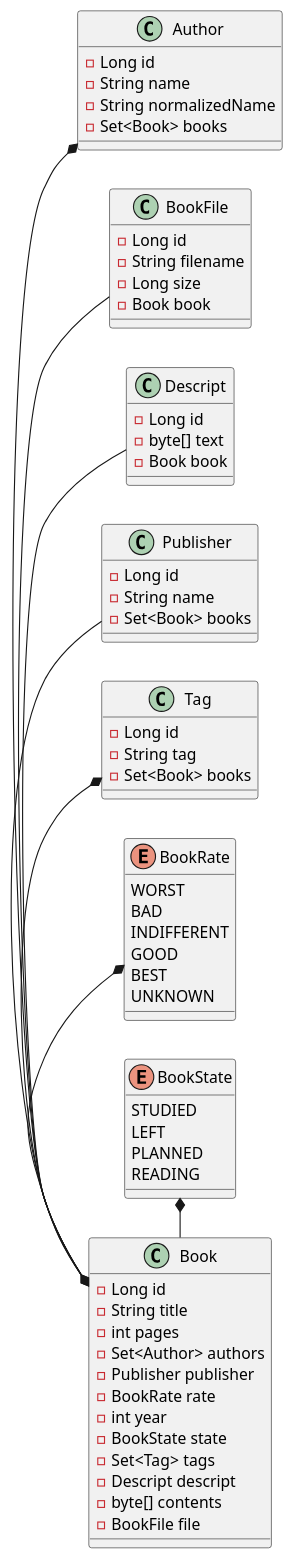
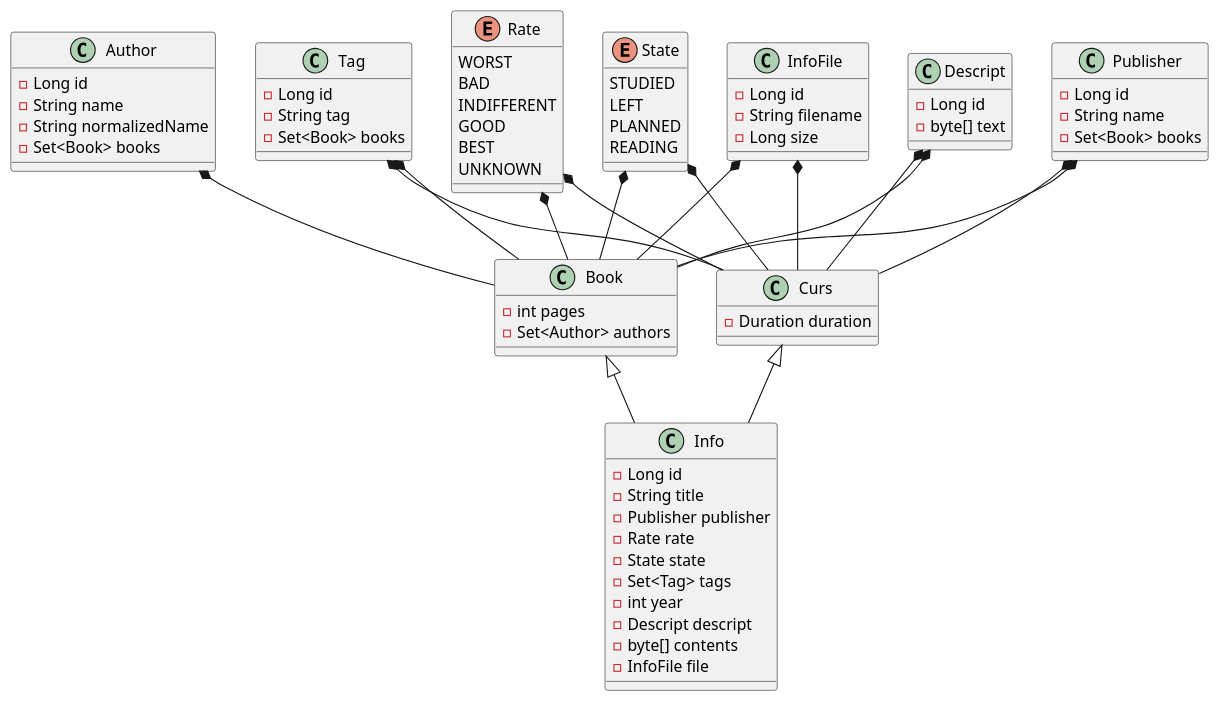
The diagram in puml/ClassDiagram.puml (Iogann1978/ITInfoBack), drawn with PlantUML before and after one commit. The commit also changed 11 other files, not shown here.

```diff
--- a/puml/ClassDiagram.puml
+++ b/puml/ClassDiagram.puml
@@ -1,67 +1,78 @@
 @startuml
-left to right direction
-
-class Book {
+class Info {
     - Long id
     - String title
+    - Publisher publisher
+    - Rate rate
+    - State state
+    - Set<Tag> tags
+    - int year
+    - Descript descript
+    - byte[] contents
+    - InfoFile file
+}
+class Book {
     - int pages
     - Set<Author> authors
-    - Publisher publisher
-    - BookRate rate
-    - int year
-    - BookState state
-    - Set<Tag> tags
-    - Descript descript
-    - byte[] contents
-    - BookFile file
 }
 class Author {
     - Long id
     - String name
     - String normalizedName
     - Set<Book> books
 }
-class BookFile {
+class InfoFile {
     - Long id
     - String filename
     - Long size
-    - Book book
 }
 class Descript {
     - Long id
     - byte[] text
-    - Book book
 }
 class Publisher {
     - Long id
     - String name
     - Set<Book> books
 }
 class Tag {
     - Long id
     - String tag
     - Set<Book> books
 }
-enum BookRate {
+enum Rate {
     WORST
     BAD
     INDIFFERENT
     GOOD
     BEST
     UNKNOWN
 }
-enum BookState {
+enum State {
     STUDIED
     LEFT
     PLANNED
     READING
 }
+class Curs {
+    - Duration duration
+}
 
-Author *- Book
-BookFile - Book
-Descript - Book
-Publisher -* Book
-Tag *-* Book
-BookRate *- Book
-BookState *- Book
+Book <|-- Info
+Curs <|-- Info
+
+Author *-- Book
+InfoFile *-- Book
+Descript *-- Book
+Publisher *-- Book
+Tag *-- Book
+Rate *-- Book
+State *-- Book
+
+InfoFile *-- Curs
+Descript *-- Curs
+Publisher *-- Curs
+Tag *-- Curs
+Rate *-- Curs
+State *-- Curs
 @enduml
```
